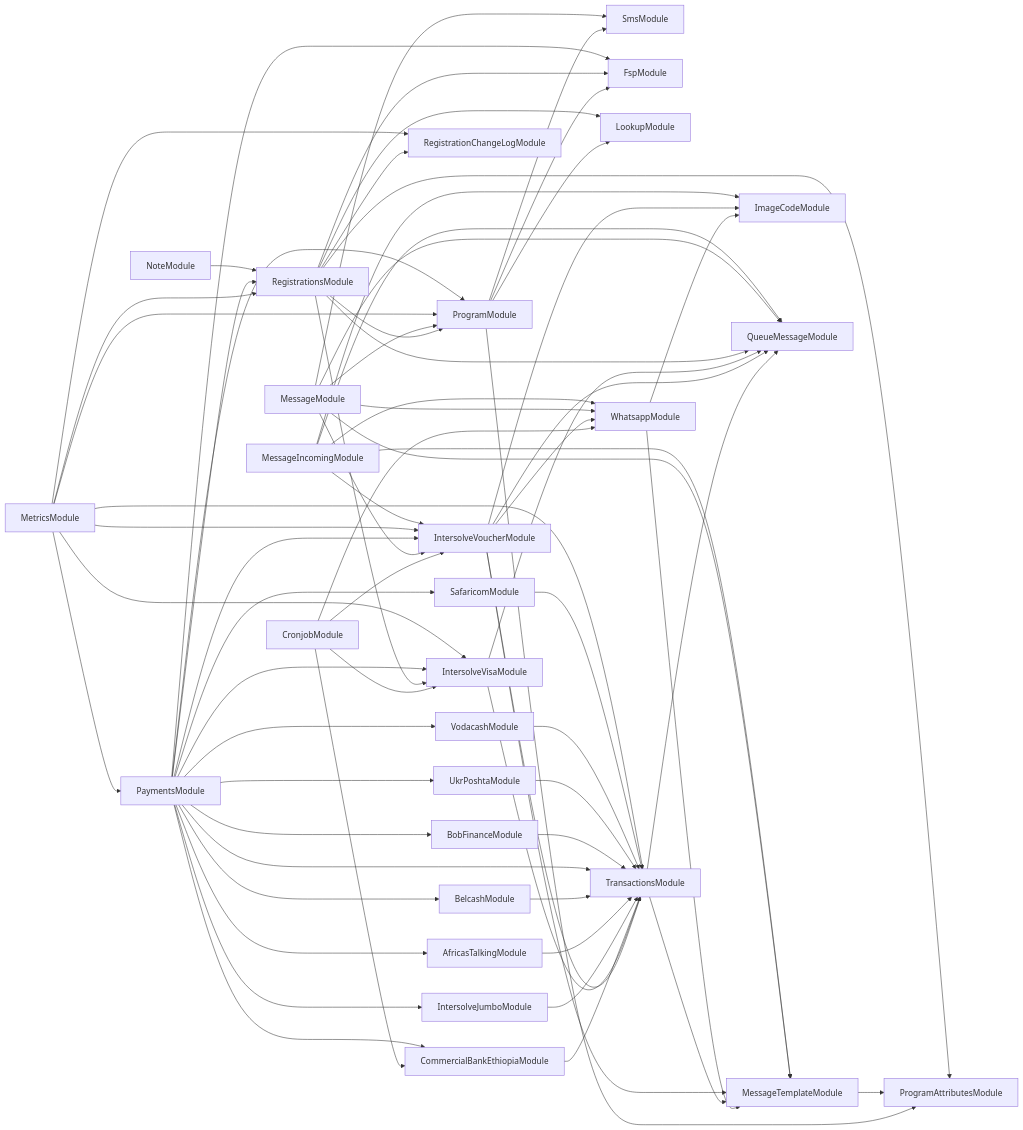
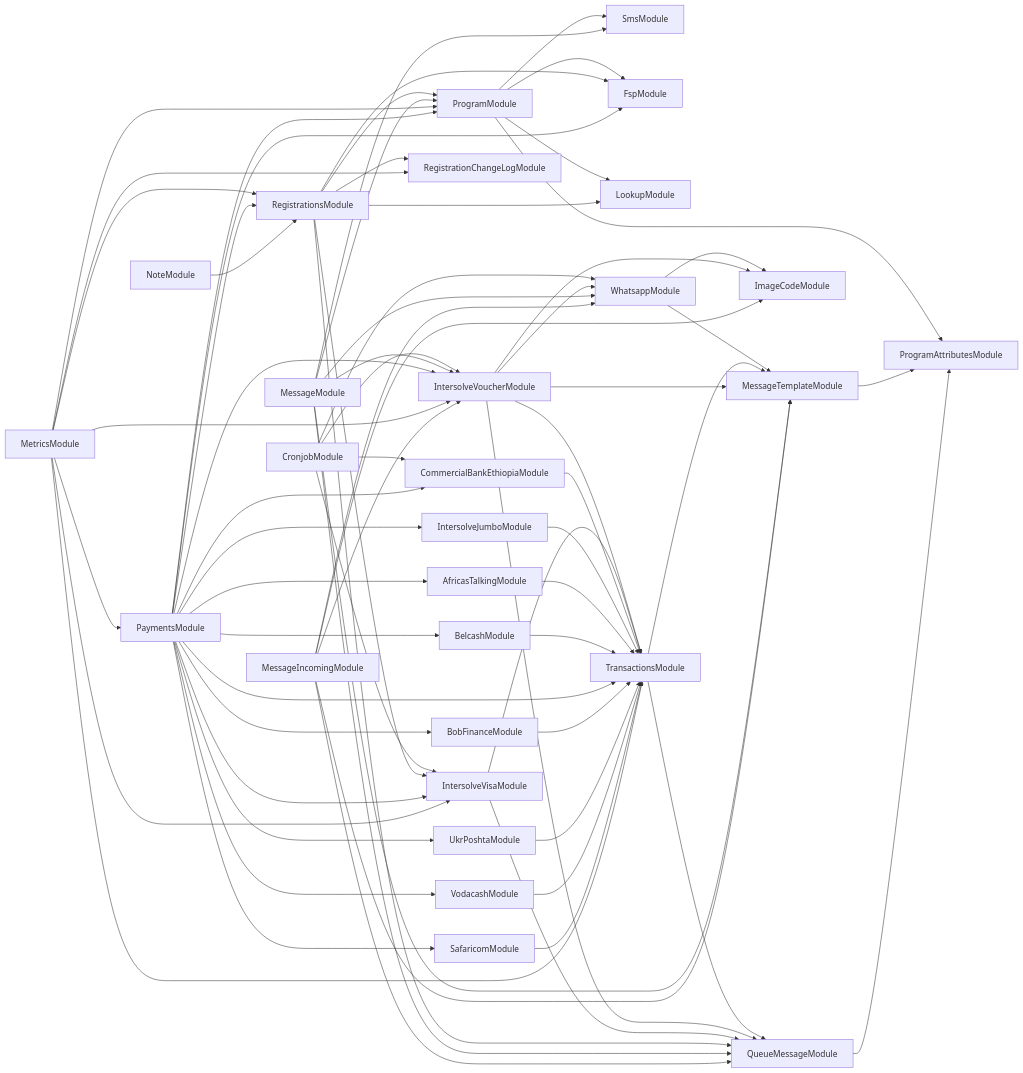
Before and after one commit to global-121/121-platform: the diagram in services/121-service/module-dependencies.md, drawn with Mermaid. The commit also changed 4 other files, not shown here.

````diff
--- a/services/121-service/module-dependencies.md
+++ b/services/121-service/module-dependencies.md
@@ -3,71 +3,71 @@
 ```mermaid
 graph LR
   ProgramModule-->SmsModule
   ProgramModule-->FspModule
   ProgramModule-->LookupModule
   ProgramModule-->ProgramAttributesModule
   MessageTemplateModule-->ProgramAttributesModule
   CronjobModule-->WhatsappModule
   WhatsappModule-->ImageCodeModule
   WhatsappModule-->MessageTemplateModule
   CronjobModule-->IntersolveVoucherModule
   IntersolveVoucherModule-->ImageCodeModule
   IntersolveVoucherModule-->TransactionsModule
   TransactionsModule-->QueueMessageModule
+  QueueMessageModule-->ProgramAttributesModule
   TransactionsModule-->MessageTemplateModule
   IntersolveVoucherModule-->WhatsappModule
   IntersolveVoucherModule-->QueueMessageModule
   IntersolveVoucherModule-->MessageTemplateModule
   CronjobModule-->IntersolveVisaModule
   IntersolveVisaModule-->TransactionsModule
   IntersolveVisaModule-->QueueMessageModule
   CronjobModule-->CommercialBankEthiopiaModule
   CommercialBankEthiopiaModule-->TransactionsModule
   RegistrationsModule-->LookupModule
   RegistrationsModule-->ProgramModule
   RegistrationsModule-->FspModule
   RegistrationsModule-->QueueMessageModule
   RegistrationsModule-->IntersolveVisaModule
   RegistrationsModule-->RegistrationChangeLogModule
-  RegistrationsModule-->ProgramAttributesModule
   MessageModule-->WhatsappModule
   MessageModule-->SmsModule
   MessageModule-->QueueMessageModule
   MessageModule-->IntersolveVoucherModule
   MessageModule-->MessageTemplateModule
   MessageModule-->ProgramModule
   MetricsModule-->ProgramModule
   MetricsModule-->RegistrationsModule
   MetricsModule-->PaymentsModule
   PaymentsModule-->FspModule
   PaymentsModule-->IntersolveVoucherModule
   PaymentsModule-->IntersolveVisaModule
   PaymentsModule-->IntersolveJumboModule
   IntersolveJumboModule-->TransactionsModule
   PaymentsModule-->AfricasTalkingModule
   AfricasTalkingModule-->TransactionsModule
   PaymentsModule-->BelcashModule
   BelcashModule-->TransactionsModule
   PaymentsModule-->TransactionsModule
   PaymentsModule-->BobFinanceModule
   BobFinanceModule-->TransactionsModule
   PaymentsModule-->UkrPoshtaModule
   UkrPoshtaModule-->TransactionsModule
   PaymentsModule-->VodacashModule
   VodacashModule-->TransactionsModule
   PaymentsModule-->SafaricomModule
   SafaricomModule-->TransactionsModule
   PaymentsModule-->CommercialBankEthiopiaModule
   PaymentsModule-->RegistrationsModule
   PaymentsModule-->ProgramModule
   MetricsModule-->TransactionsModule
   MetricsModule-->IntersolveVisaModule
   MetricsModule-->IntersolveVoucherModule
   MetricsModule-->RegistrationChangeLogModule
   MessageIncomingModule-->ImageCodeModule
   MessageIncomingModule-->IntersolveVoucherModule
   MessageIncomingModule-->WhatsappModule
   MessageIncomingModule-->QueueMessageModule
   MessageIncomingModule-->MessageTemplateModule
   NoteModule-->RegistrationsModule
 ```
````
